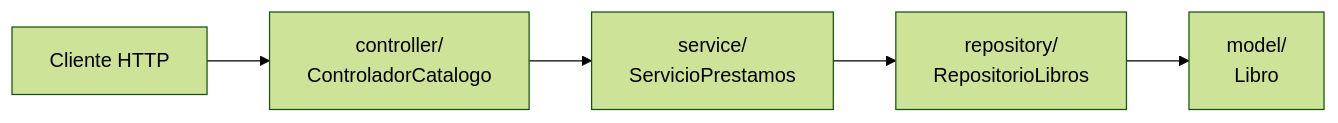
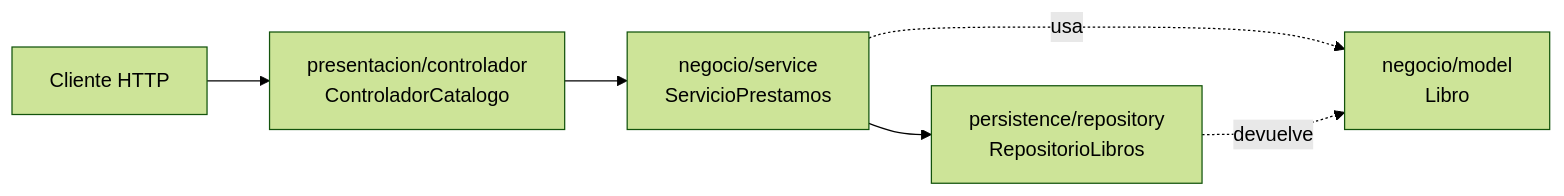
One commit to crodrigr/skill-spring-boot changed the diagram in generador-cursos/curso-spring-boot/01-introduccion-a-spring-boot/material/ejemplos/08-estructura-de-un-proyecto-spring-boot.md. Above: the diagram before and after it, drawn with Mermaid (forest theme). The commit also changed other lines of this file and 122 other files, not shown here.

````diff
--- a/generador-cursos/curso-spring-boot/01-introduccion-a-spring-boot/material/ejemplos/08-estructura-de-un-proyecto-spring-boot.md
+++ b/generador-cursos/curso-spring-boot/01-introduccion-a-spring-boot/material/ejemplos/08-estructura-de-un-proyecto-spring-boot.md
@@ -44,7 +45,8 @@
 ```mermaid
 flowchart LR
-    Cliente["Cliente HTTP"] --> Controller["controller/\nControladorCatalogo"]
-    Controller --> Service["service/\nServicioPrestamos"]
-    Service --> Repository["repository/\nRepositorioLibros"]
-    Repository --> Model["model/\nLibro"]
+    Cliente["Cliente HTTP"] --> Presentacion["presentacion/controlador<br/>ControladorCatalogo"]
+    Presentacion --> Negocio["negocio/service<br/>ServicioPrestamos"]
+    Negocio --> Persistence["persistence/repository<br/>RepositorioLibros"]
+    Negocio -. usa .-> Model["negocio/model<br/>Libro"]
+    Persistence -. devuelve .-> Model
 ```
````
